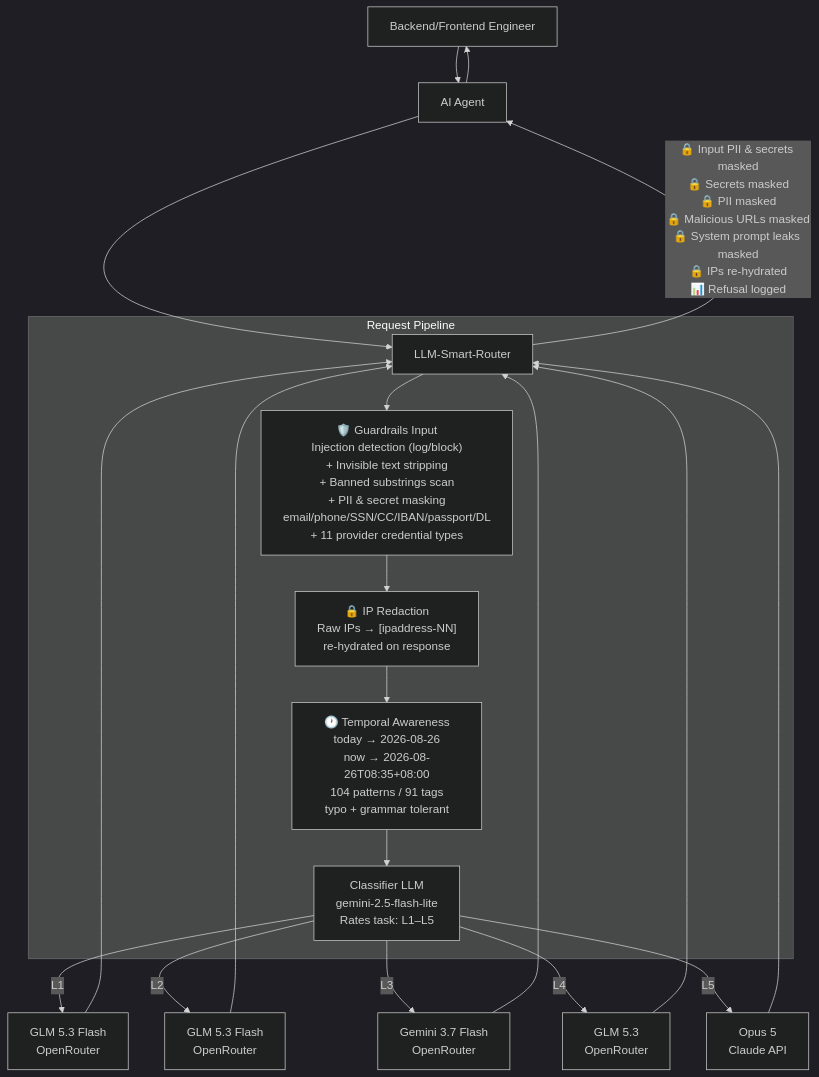
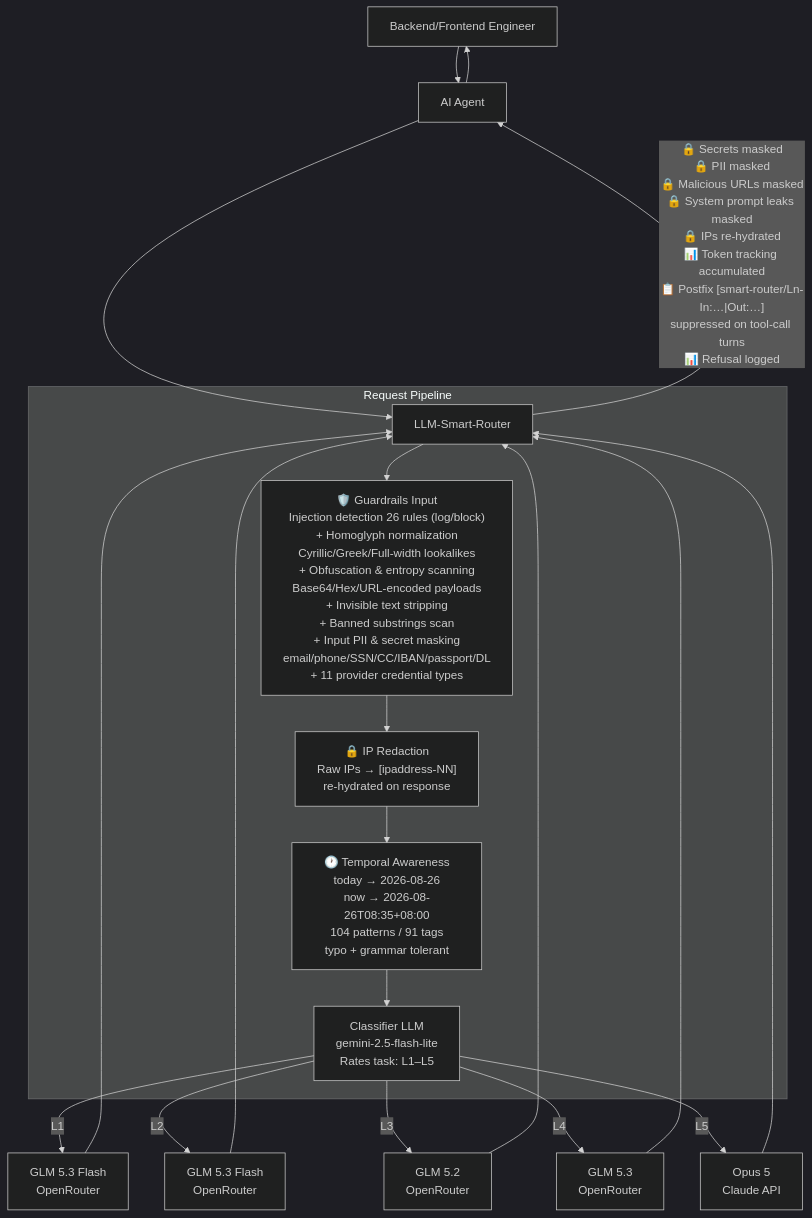
The diagram in README.md (Green-Needle-Tech/llm-smart-router), drawn with Mermaid (dark theme) before and after one commit. The commit also changed other lines of this file, not shown here.

First line of the commit message:
docs: remove What's New sections, update architecture diagram

````diff
--- a/README.md
+++ b/README.md
@@ -597,27 +140,27 @@
 ```mermaid
 flowchart TD
     A[Backend/Frontend Engineer] --> B[AI Agent]
     B --> C[LLM-Smart-Router]
 
     subgraph Router [Request Pipeline]
-        C --> P1["🛡️ Guardrails Input<br/>Injection detection (log/block)<br/>+ Invisible text stripping<br/>+ Banned substrings scan<br/>+ PII & secret masking<br/>email/phone/SSN/CC/IBAN/passport/DL<br/>+ 11 provider credential types"]
+        C --> P1["🛡️ Guardrails Input<br/>Injection detection 26 rules (log/block)<br/>+ Homoglyph normalization<br/>Cyrillic/Greek/Full-width lookalikes<br/>+ Obfuscation & entropy scanning<br/>Base64/Hex/URL-encoded payloads<br/>+ Invisible text stripping<br/>+ Banned substrings scan<br/>+ Input PII & secret masking<br/>email/phone/SSN/CC/IBAN/passport/DL<br/>+ 11 provider credential types"]
         P1 --> P2["🔒 IP Redaction<br/>Raw IPs → [ipaddress-NN]<br/>re-hydrated on response"]
         P2 --> P2T["🕐 Temporal Awareness<br/>today → 2026-08-26<br/>now → 2026-08-26T08:35+08:00<br/>104 patterns / 91 tags<br/>typo + grammar tolerant"]
         P2T --> D["Classifier LLM<br/>gemini-2.5-flash-lite<br/>Rates task: L1–L5"]
     end
 
     D -->|L1| E[GLM 5.3 Flash<br/>OpenRouter]
     D -->|L2| F[GLM 5.3 Flash<br/>OpenRouter]
-    D -->|L3| F2[Gemini 3.7 Flash<br/>OpenRouter]
+    D -->|L3| F2[GLM 5.2<br/>OpenRouter]
     D -->|L4| F3[GLM 5.3<br/>OpenRouter]
     D -->|L5| H[Opus 5<br/>Claude API]
 
     E --> C
     F --> C
     F2 --> C
     F3 --> C
     H --> C
 
-    C -->|"🔒 Input PII & secrets masked<br/>🔒 Secrets masked<br/>🔒 PII masked<br/>🔒 Malicious URLs masked<br/>🔒 System prompt leaks masked<br/>🔒 IPs re-hydrated<br/>📊 Refusal logged"| B
+    C -->|"🔒 Secrets masked<br/>🔒 PII masked<br/>🔒 Malicious URLs masked<br/>🔒 System prompt leaks masked<br/>🔒 IPs re-hydrated<br/>📊 Token tracking accumulated<br/>📋 Postfix [smart-router/Ln-In:…|Out:…]<br/>suppressed on tool-call turns<br/>📊 Refusal logged"| B
     B --> A
 ```
````
